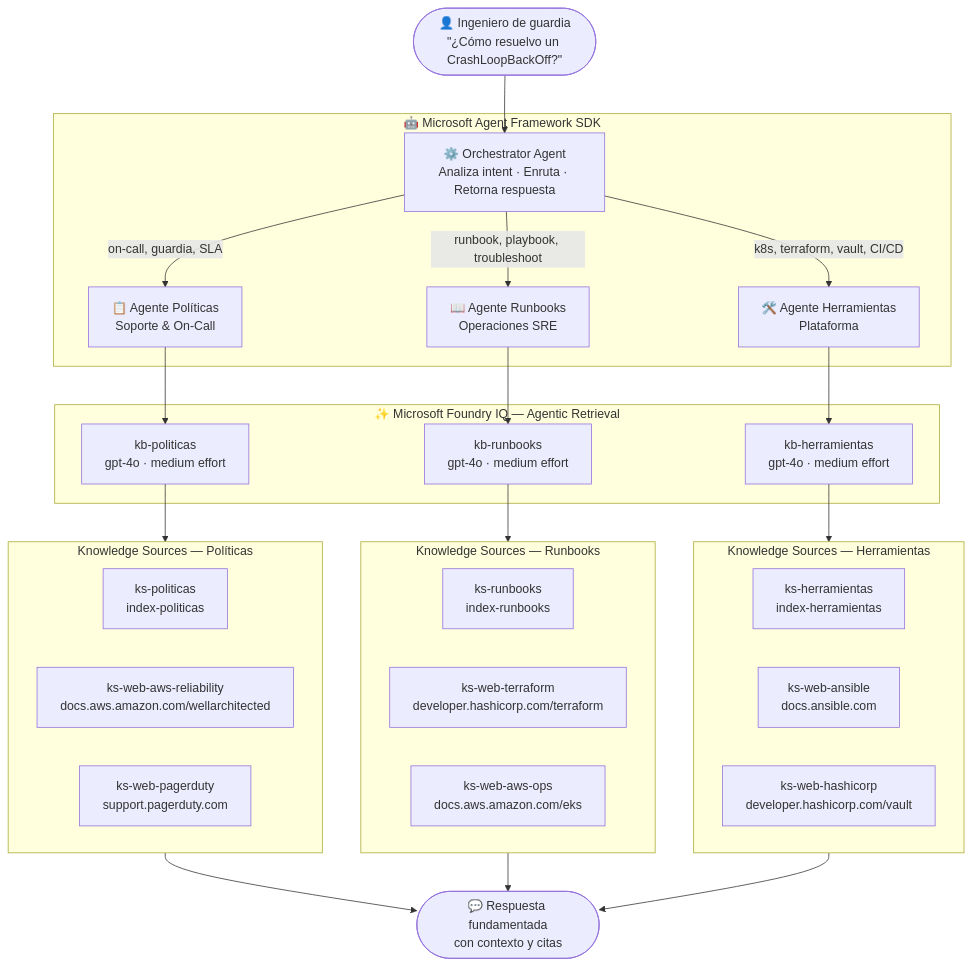
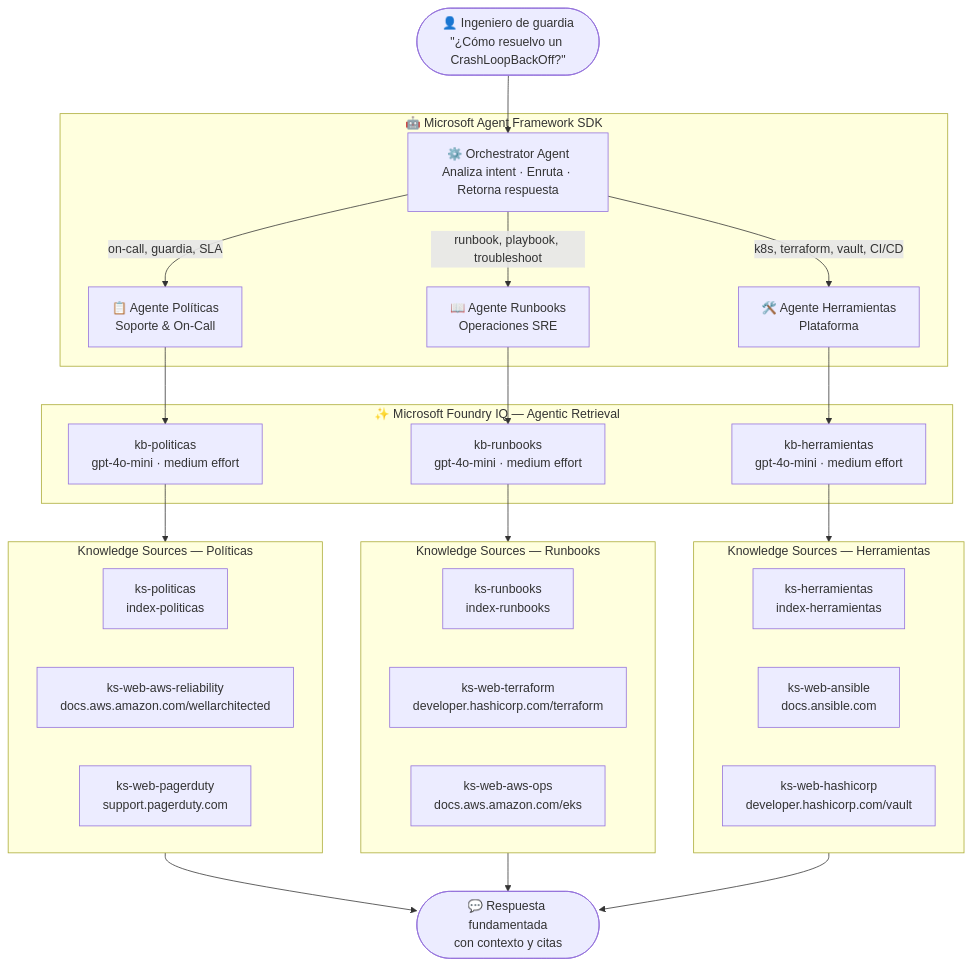
Before and after one commit to Martin-Sciarrillo/Demo-DevOps-Days: the first of 2 diagrams in README.md, drawn with Mermaid. The commit also changed other lines of this file and 5 other files, not shown here.

````diff
--- a/README.md
+++ b/README.md
@@ -28,51 +28,51 @@
 ```mermaid
 flowchart TD
     U(["👤 Ingeniero de guardia\n#quot;¿Cómo resuelvo un CrashLoopBackOff?#quot;"])
 
     subgraph AF["🤖 Microsoft Agent Framework SDK"]
         O["⚙️ Orchestrator Agent\nAnaliza intent · Enruta · Retorna respuesta"]
         A1["📋 Agente Políticas\nSoporte & On-Call"]
         A2["📖 Agente Runbooks\nOperaciones SRE"]
         A3["🛠️ Agente Herramientas\nPlataforma"]
     end
 
     subgraph FIQ["✨ Microsoft Foundry IQ — Agentic Retrieval"]
-        KB1["kb-politicas\ngpt-4o · medium effort"]
-        KB2["kb-runbooks\ngpt-4o · medium effort"]
-        KB3["kb-herramientas\ngpt-4o · medium effort"]
+        KB1["kb-politicas\ngpt-4o-mini · medium effort"]
+        KB2["kb-runbooks\ngpt-4o-mini · medium effort"]
+        KB3["kb-herramientas\ngpt-4o-mini · medium effort"]
     end
 
     subgraph SRC1["Knowledge Sources — Políticas"]
         P1["ks-politicas\nindex-politicas"]
         P2["ks-web-aws-reliability\ndocs.aws.amazon.com/wellarchitected"]
         P3["ks-web-pagerduty\nsupport.pagerduty.com"]
     end
 
     subgraph SRC2["Knowledge Sources — Runbooks"]
         R1["ks-runbooks\nindex-runbooks"]
         R2["ks-web-terraform\ndeveloper.hashicorp.com/terraform"]
         R3["ks-web-aws-ops\ndocs.aws.amazon.com/eks"]
     end
 
     subgraph SRC3["Knowledge Sources — Herramientas"]
         H1["ks-herramientas\nindex-herramientas"]
         H2["ks-web-ansible\ndocs.ansible.com"]
         H3["ks-web-hashicorp\ndeveloper.hashicorp.com/vault"]
     end
 
     RESP(["💬 Respuesta fundamentada\ncon contexto y citas"])
 
     U --> O
     O -->|"on-call, guardia, SLA"| A1
     O -->|"runbook, playbook, troubleshoot"| A2
     O -->|"k8s, terraform, vault, CI/CD"| A3
     A1 --> KB1
     A2 --> KB2
     A3 --> KB3
     KB1 --> SRC1
     KB2 --> SRC2
     KB3 --> SRC3
     SRC1 --> RESP
     SRC2 --> RESP
     SRC3 --> RESP
 ```
````
